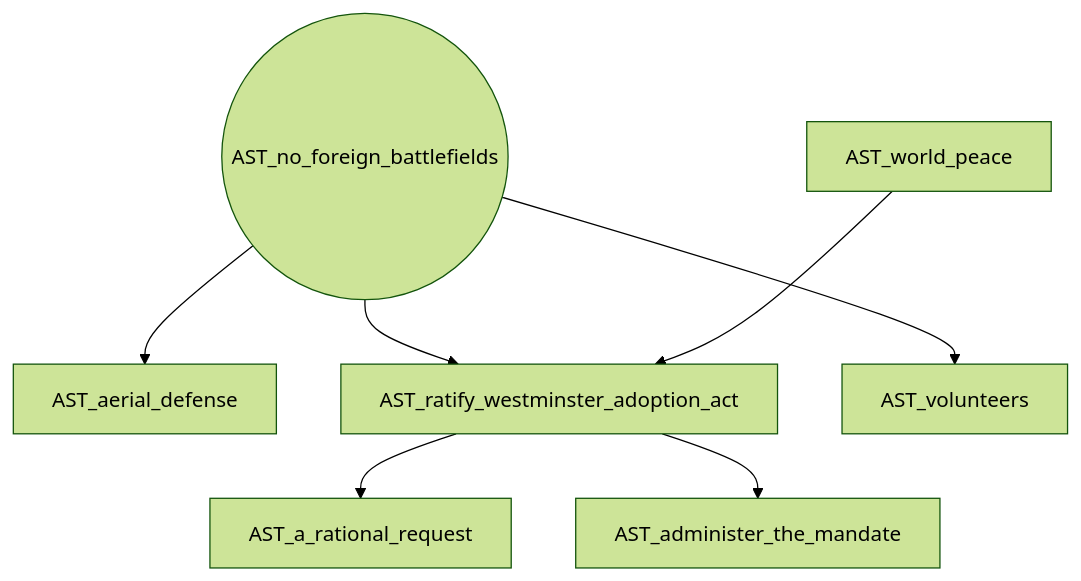
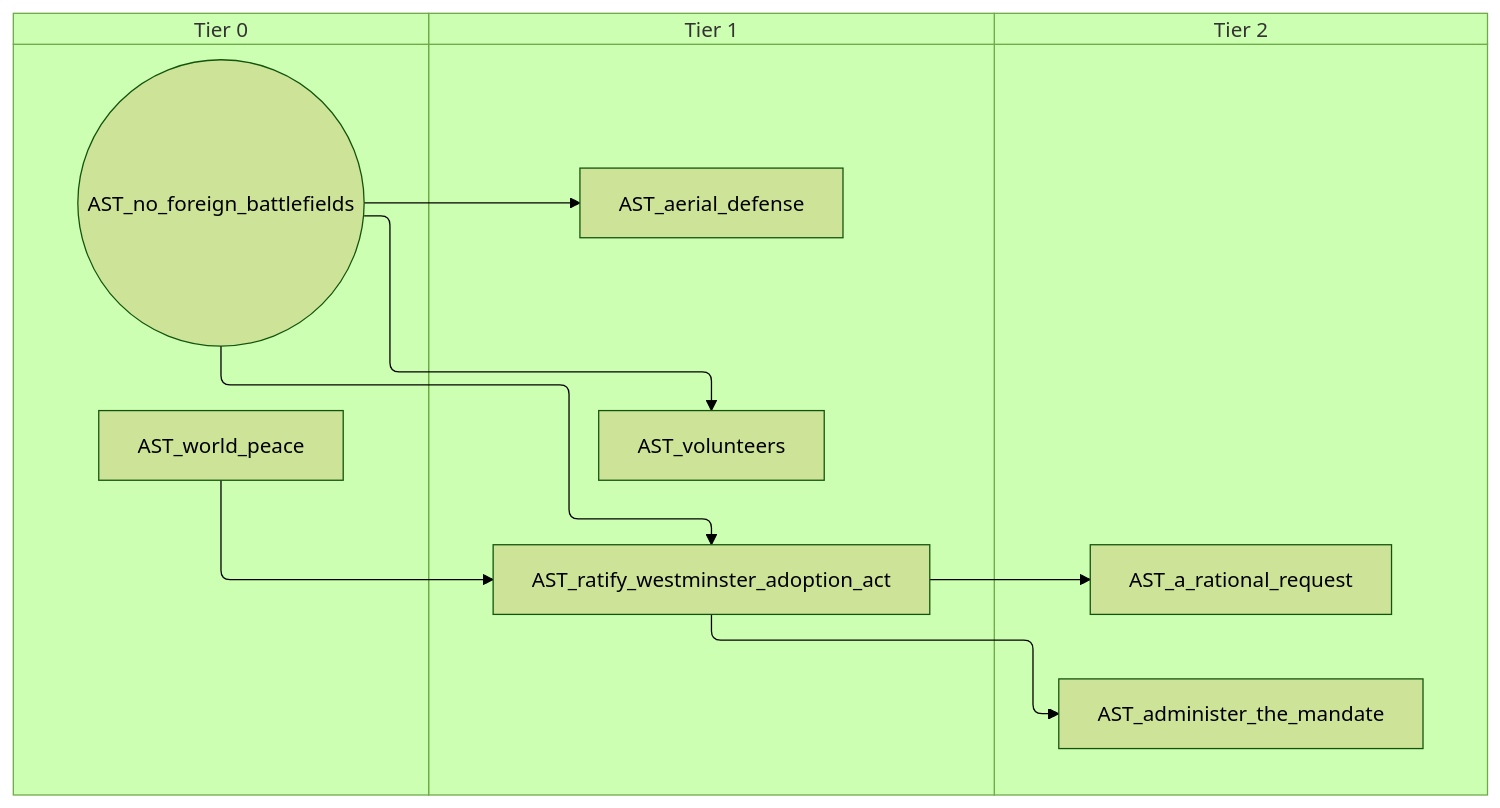
The eighth of 15 diagrams in docs/gdd/National Focuses/australia_taog.md (evgeny-sobol/hoi4-sandbox-mode), drawn with Mermaid (forest theme) before and after one commit. The commit also changed other lines of this file and 80 other files, not shown here.

First line of the commit message:
Add swimlane mode to focus graph exporter

````diff
--- a/docs/gdd/National Focuses/australia_taog.md
+++ b/docs/gdd/National Focuses/australia_taog.md
@@ -493,16 +577,22 @@
 ```mermaid
-flowchart TD
-    n4["AST_a_rational_request"]
-    n6["AST_administer_the_mandate"]
-    n181["AST_aerial_defense"]
-    n28(("AST_no_foreign_battlefields"))
-    n35["AST_ratify_westminster_adoption_act"]
-    n182["AST_volunteers"]
-    n51["AST_world_peace"]
-    n35 --> n4
-    n35 --> n6
-    n28 --> n181
-    n28 --> n35
-    n51 --> n35
-    n28 --> n182
+swimlane-beta TD
+    subgraph tier_0["Tier 0"]
+        n3(("AST_no_foreign_battlefields"))
+        n8["AST_world_peace"]
+    end
+    subgraph tier_1["Tier 1"]
+        n181["AST_aerial_defense"]
+        n15["AST_ratify_westminster_adoption_act"]
+        n182["AST_volunteers"]
+    end
+    subgraph tier_2["Tier 2"]
+        n17["AST_a_rational_request"]
+        n18["AST_administer_the_mandate"]
+    end
+    n15 --> n17
+    n15 --> n18
+    n3 --> n181
+    n3 --> n15
+    n8 --> n15
+    n3 --> n182
 ```
````
